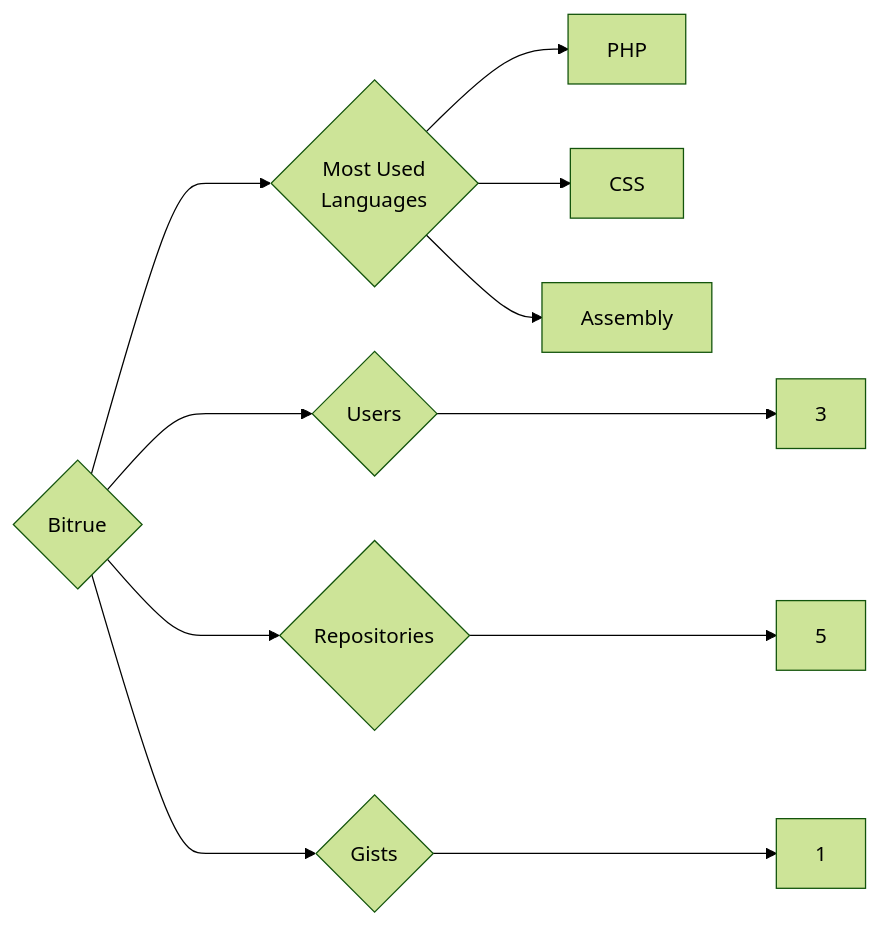
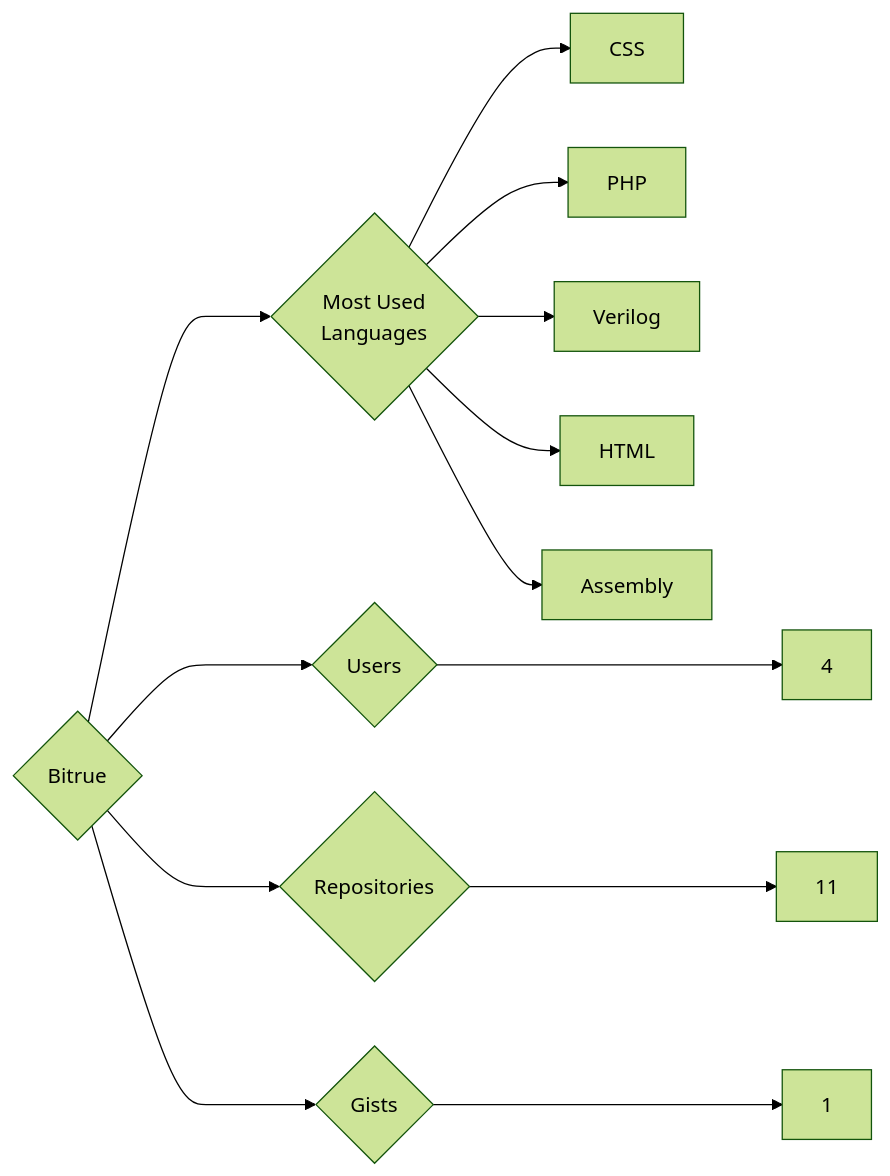
Before and after one commit to trickest/insiders: the diagram in targets/Bitrue/README.md, drawn with Mermaid (forest theme). The commit also changed 1011 other files, not shown here.

````diff
--- a/targets/Bitrue/README.md
+++ b/targets/Bitrue/README.md
@@ -3,11 +3,13 @@
 ```mermaid
 graph LR
 COMPANY_NAME{Bitrue}
-COMPANY_NAME ---> U{Users} ---> UN[3]
-COMPANY_NAME ---> R{Repositories} ---> RN[5]
+COMPANY_NAME ---> U{Users} ---> UN[4]
+COMPANY_NAME ---> R{Repositories} ---> RN[11]
 COMPANY_NAME ---> G{Gists} ---> GN[1]
 COMPANY_NAME ---> ML{Most Used<br>Languages}
+ML --> CSS[CSS]
 ML --> PHP[PHP]
-ML --> CSS[CSS]
+ML --> Verilog[Verilog]
+ML --> HTML[HTML]
 ML --> Assembly[Assembly]
 ```
````
